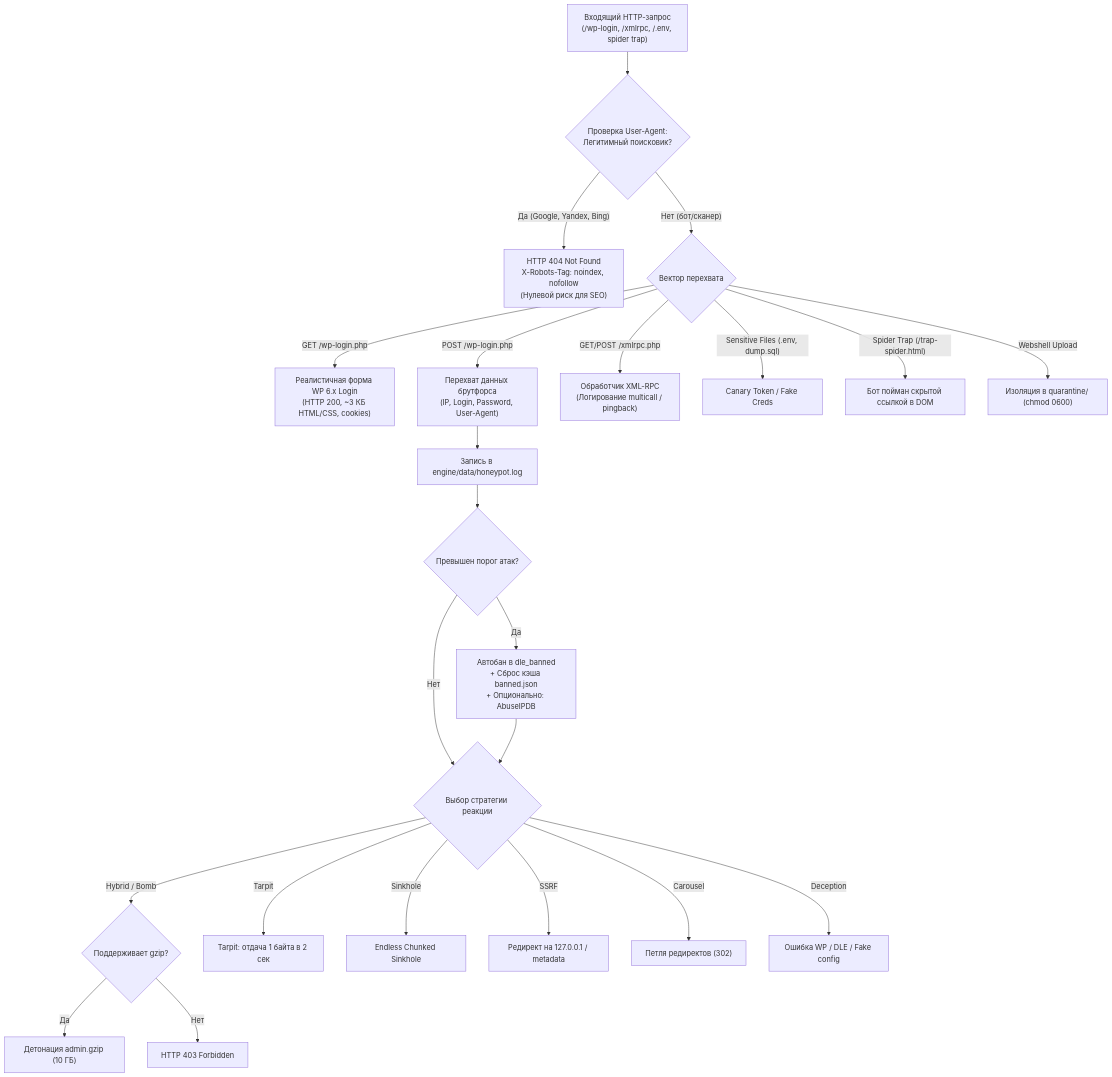
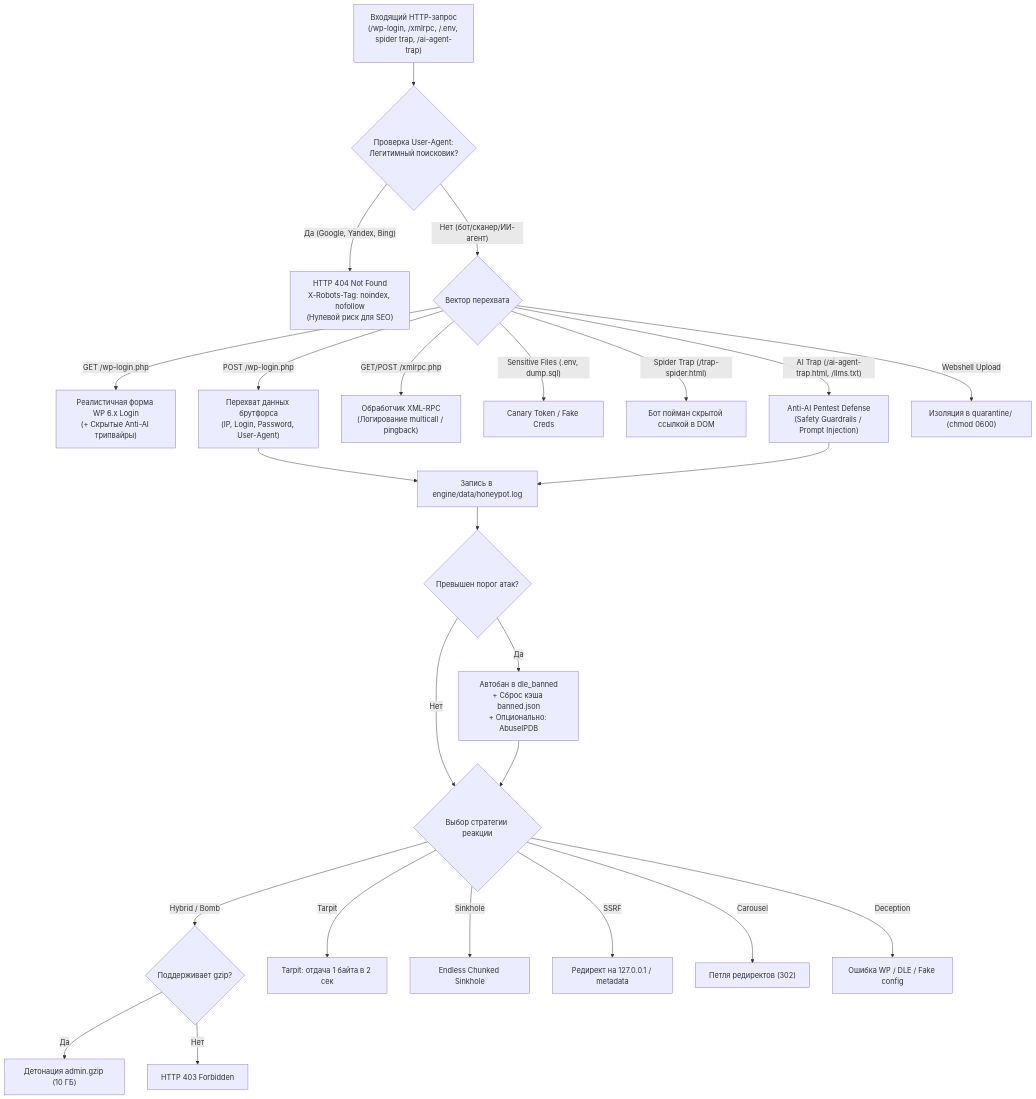
Before and after one commit to shlyahten/dle-wordpress-honeypot: the diagram in README.md, drawn with Mermaid. The commit also changed other lines of this file, not shown here.

Commit message:
docs: update README for v1.5.0 and Anti-AI Pentest Defense

````diff
--- a/README.md
+++ b/README.md
@@ -45,32 +74,34 @@
 ```mermaid
 flowchart TD
-    Request["Входящий HTTP-запрос\n(/wp-login, /xmlrpc, /.env, spider trap)"] --> Filter{"Проверка User-Agent:\nЛегитимный поисковик?"}
+    Request["Входящий HTTP-запрос\n(/wp-login, /xmlrpc, /.env, spider trap, /ai-agent-trap)"] --> Filter{"Проверка User-Agent:\nЛегитимный поисковик?"}
     
     Filter -- "Да (Google, Yandex, Bing)" --> Safe["HTTP 404 Not Found\nX-Robots-Tag: noindex, nofollow\n(Нулевой риск для SEO)"]
     
-    Filter -- "Нет (бот/сканер)" --> Route{"Вектор перехвата"}
+    Filter -- "Нет (бот/сканер/ИИ-агент)" --> Route{"Вектор перехвата"}
     
-    Route -- "GET /wp-login.php" --> FakeLogin["Реалистичная форма WP 6.x Login\n(HTTP 200, ~3 КБ HTML/CSS, cookies)"]
+    Route -- "GET /wp-login.php" --> FakeLogin["Реалистичная форма WP 6.x Login\n(+ Скрытые Anti-AI трипвайры)"]
     Route -- "POST /wp-login.php" --> Harvest["Перехват данных брутфорса\n(IP, Login, Password, User-Agent)"]
     Route -- "GET/POST /xmlrpc.php" --> XMLRPC["Обработчик XML-RPC\n(Логирование multicall / pingback)"]
     Route -- "Sensitive Files (.env, dump.sql)" --> Canary["Canary Token / Fake Creds"]
     Route -- "Spider Trap (/trap-spider.html)" --> Trap["Бот пойман скрытой ссылкой в DOM"]
+    Route -- "AI Trap (/ai-agent-trap.html, /llms.txt)" --> AITrap["Anti-AI Pentest Defense\n(Safety Guardrails / Prompt Injection)"]
     Route -- "Webshell Upload" --> Sandbox["Изоляция в quarantine/ (chmod 0600)"]
     
     Harvest --> Log["Запись в engine/data/honeypot.log"]
+    AITrap --> Log
     Log --> AutoBanCheck{"Превышен порог атак?"}
     AutoBanCheck -- "Да" --> DleBan["Автобан в dle_banned\n+ Сброс кэша banned.json\n+ Опционально: AbuseIPDB"]
     AutoBanCheck -- "Нет" --> SanctionDisp
     
     DleBan --> SanctionDisp{"Выбор стратегии реакции"}
     
     SanctionDisp -- "Hybrid / Bomb" --> CheckGzip{"Поддерживает gzip?"}
     CheckGzip -- "Да" --> GzipBomb["Детонация admin.gzip (10 ГБ)"]
     CheckGzip -- "Нет" --> Safe403["HTTP 403 Forbidden"]
     
     SanctionDisp -- "Tarpit" --> Tarpit["Tarpit: отдача 1 байта в 2 сек"]
     SanctionDisp -- "Sinkhole" --> Sinkhole["Endless Chunked Sinkhole"]
     SanctionDisp -- "SSRF" --> SSRF["Редирект на 127.0.0.1 / metadata"]
     SanctionDisp -- "Carousel" --> Loop["Петля редиректов (302)"]
     SanctionDisp -- "Deception" --> FakeError["Ошибка WP / DLE / Fake config"]
 ```
````
